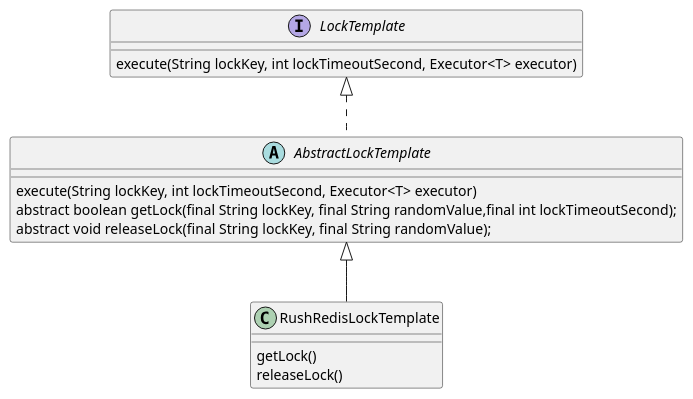
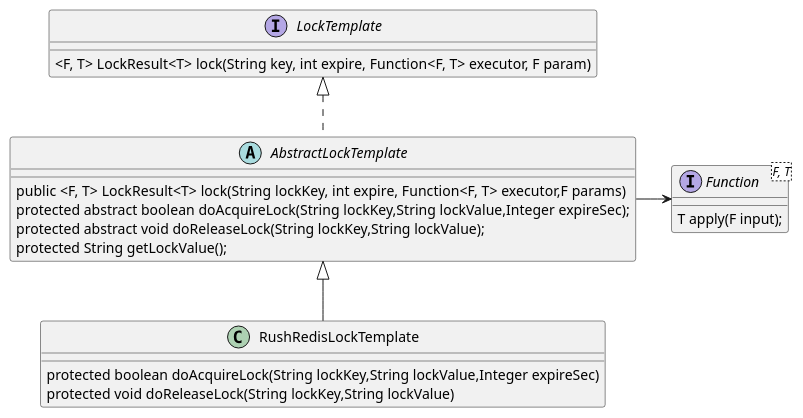
Before and after one commit to newbigTech/myDesignPattern: the diagram in uml/inventory/rush/rush.puml, drawn with PlantUML. The commit also changed 1 other file, not shown here.

Commit message:
uml图

```diff
--- a/uml/inventory/rush/rush.puml
+++ b/uml/inventory/rush/rush.puml
@@ -1,26 +1,27 @@
 @startuml
 
 interface LockTemplate {
-    execute(String lockKey, int lockTimeoutSecond, Executor<T> executor)
+    <F, T> LockResult<T> lock(String key, int expire, Function<F, T> executor, F param)
 }
-
+interface Function<F, T> {
+    T apply(F input);
+}
 abstract class AbstractLockTemplate{
-    execute(String lockKey, int lockTimeoutSecond, Executor<T> executor)
-    abstract boolean getLock(final String lockKey, final String randomValue,final int lockTimeoutSecond);
-    abstract void releaseLock(final String lockKey, final String randomValue);
+    public <F, T> LockResult<T> lock(String lockKey, int expire, Function<F, T> executor,F params)
+    protected abstract boolean doAcquireLock(String lockKey,String lockValue,Integer expireSec);
+    protected abstract void doReleaseLock(String lockKey,String lockValue);
+    protected String getLockValue();
 }
 
 class RushRedisLockTemplate {
-    getLock()
-    releaseLock()
+    protected boolean doAcquireLock(String lockKey,String lockValue,Integer expireSec)
+    protected void doReleaseLock(String lockKey,String lockValue)
 }
-
-
 
 LockTemplate <|.. AbstractLockTemplate
 AbstractLockTemplate <|-- RushRedisLockTemplate
-
+AbstractLockTemplate ->Function
 
 
 
 @enduml
```
